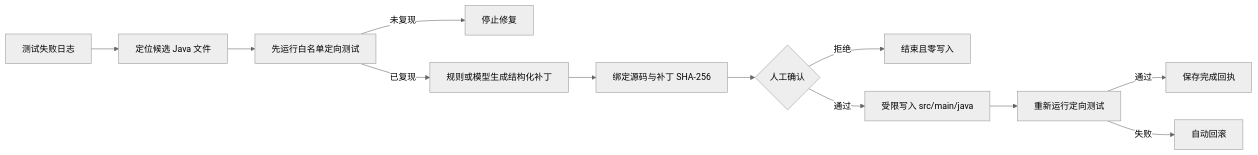
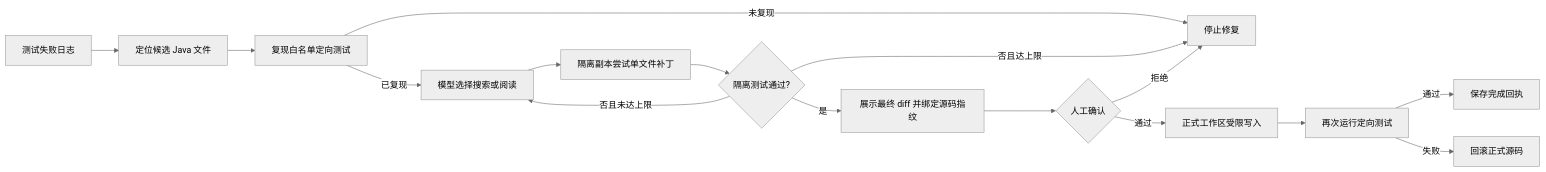
One commit to xypw/tracepilot changed the diagram in README.md. Above: the diagram before and after it, drawn with Mermaid (neutral theme). The commit also changed other lines of this file and 12 other files, not shown here.

````diff
--- a/README.md
+++ b/README.md
@@ -20,14 +20,18 @@
 ```mermaid
 flowchart LR
     A[测试失败日志] --> B[定位候选 Java 文件]
-    B --> C[先运行白名单定向测试]
+    B --> C[复现白名单定向测试]
     C -- 未复现 --> K[停止修复]
-    C -- 已复现 --> D[规则或模型生成结构化补丁]
-    D --> E[绑定源码与补丁 SHA-256]
-    E --> F{人工确认}
-    F -- 拒绝 --> G[结束且零写入]
-    F -- 通过 --> H[受限写入 src/main/java]
-    H --> I[重新运行定向测试]
-    I -- 通过 --> J[保存完成回执]
-    I -- 失败 --> L[自动回滚]
+    C -- 已复现 --> D[模型选择搜索或阅读]
+    D --> E[隔离副本尝试单文件补丁]
+    E --> F{隔离测试通过?}
+    F -- 否且未达上限 --> D
+    F -- 否且达上限 --> K
+    F -- 是 --> G[展示最终 diff 并绑定源码指纹]
+    G --> H{人工确认}
+    H -- 拒绝 --> K
+    H -- 通过 --> I[正式工作区受限写入]
+    I --> J[再次运行定向测试]
+    J -- 通过 --> L[保存完成回执]
+    J -- 失败 --> M[回滚正式源码]
 ```
````
